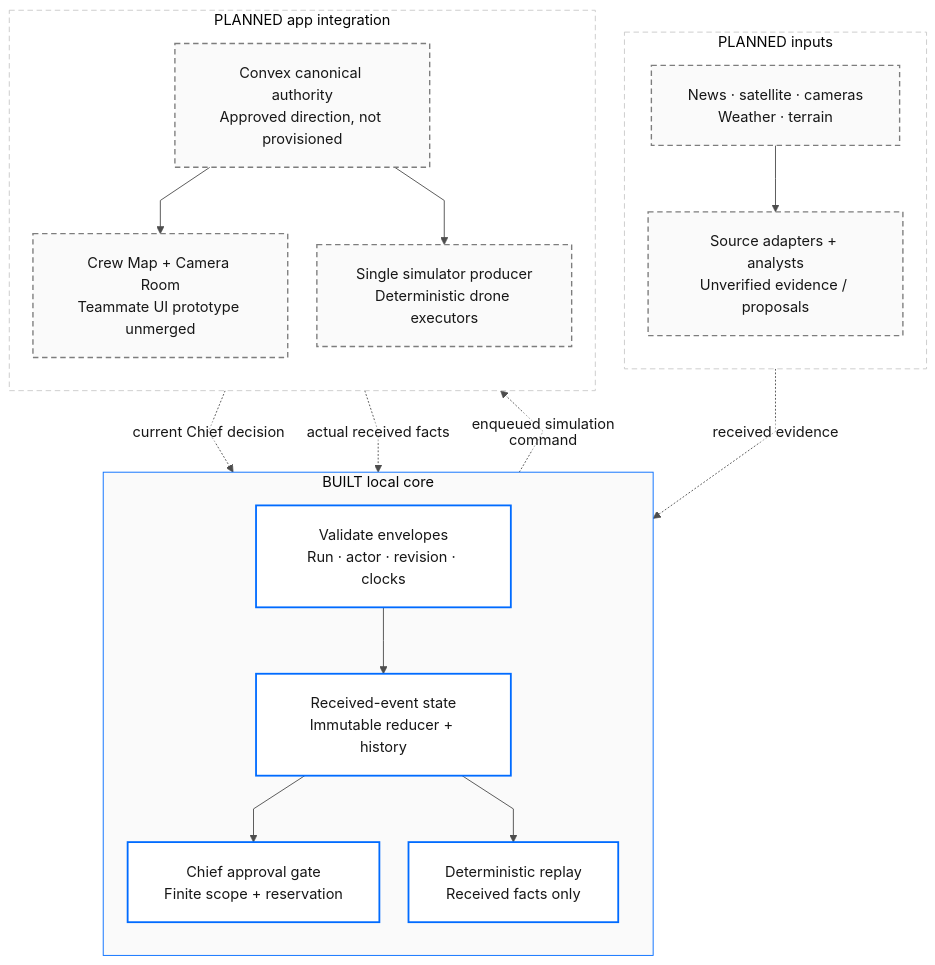
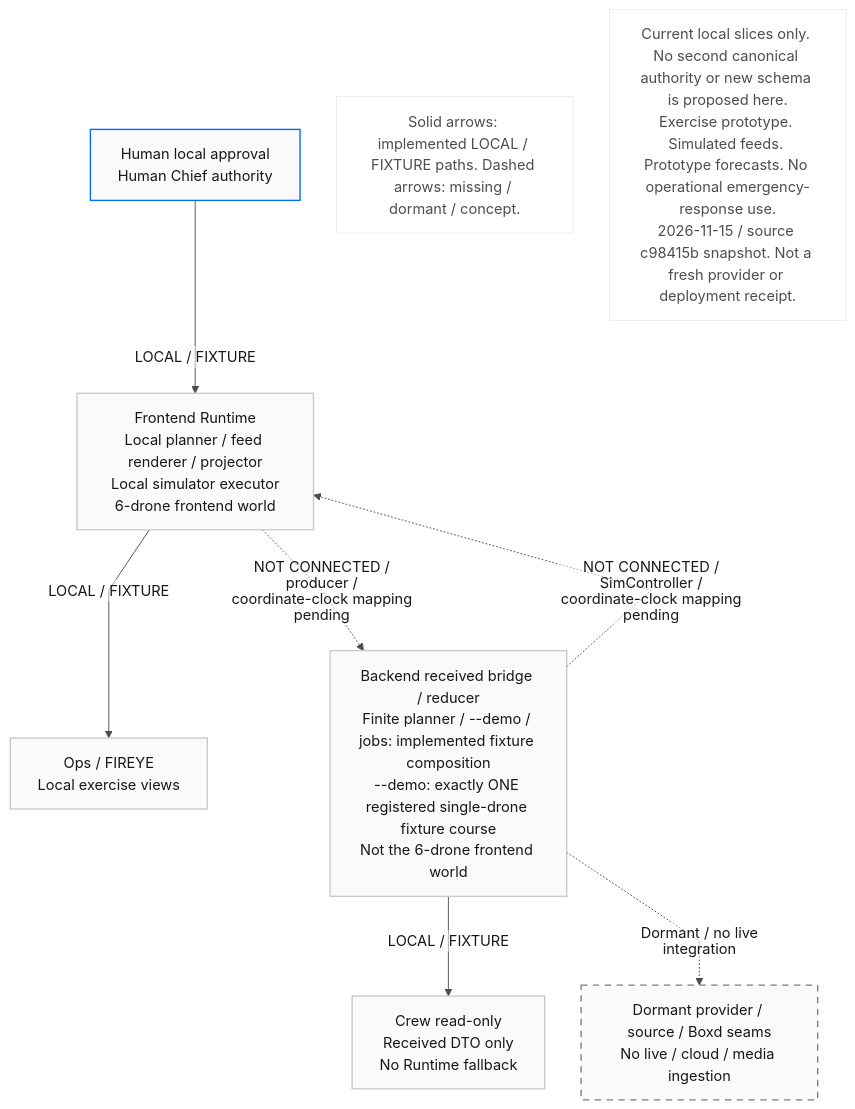
One commit to nikolas-sapa/FIREYE changed the diagram in docs/assets/readme/system-overview.mmd. Above: the diagram before and after it, drawn with Mermaid. The commit also changed 16 other files, not shown here.

First line of the commit message:
Keep demo diagrams aligned with implemented exercise boundaries

```diff
--- a/docs/assets/readme/system-overview.mmd
+++ b/docs/assets/readme/system-overview.mmd
@@ -1,44 +1,26 @@
-%%{init: {"theme":"base","fontFamily":"Geist Sans","fontSize":18,"themeVariables":{"background":"#ffffff","primaryColor":"#fafafa","primaryTextColor":"#171717","primaryBorderColor":"#8f8f8f","lineColor":"#4d4d4d","secondaryColor":"#ffffff","tertiaryColor":"#fafafa","clusterBkg":"#fafafa","clusterBorder":"#c9c9c9","edgeLabelBackground":"#ffffff"},"flowchart":{"htmlLabels":false,"curve":"linear","nodeSpacing":32,"rankSpacing":48,"padding":20}}}%%
+%%{init: {"theme":"base","fontFamily":"Geist Sans","fontSize":22,"themeVariables":{"primaryColor":"#fafafa","primaryTextColor":"#171717","primaryBorderColor":"#c9c9c9","lineColor":"#4d4d4d","edgeLabelBackground":"#ffffff"},"flowchart":{"htmlLabels":false,"curve":"linear","nodeSpacing":40,"rankSpacing":56}}}%%
 graph TD
-  accTitle: Fire Command Center system overview, current local core and planned integrations
-  accDescr: Solid blue nodes are implemented pure local TypeScript. Dashed gray nodes are planned integrations. Evidence adapters and analyst models are not connected. Convex is the approved eventual shared authority, not provisioned. A separate teammate prototype is unmerged. Human decisions and received simulator facts must pass the local protocol boundary.
-
-  subgraph INPUTS["PLANNED inputs"]
-    direction TB
-    DATA["News · satellite · cameras<br/>Weather · terrain"]
-    ANALYSIS["Source adapters + analysts<br/>Unverified evidence / proposals"]
-    DATA --> ANALYSIS
-  end
-
-  subgraph CORE["BUILT local core"]
-    direction TB
-    VALIDATE["Validate envelopes<br/>Run · actor · revision · clocks"]
-    STATE["Received-event state<br/>Immutable reducer + history"]
-    GATE["Chief approval gate<br/>Finite scope + reservation"]
-    REPLAY["Deterministic replay<br/>Received facts only"]
-    VALIDATE --> STATE
-    STATE --> GATE
-    STATE --> REPLAY
-  end
-
-  subgraph APPLICATION["PLANNED app integration"]
-    direction TB
-    CONVEX["Convex canonical authority<br/>Approved direction, not provisioned"]
-    UI["Crew Map + Camera Room<br/>Teammate UI prototype unmerged"]
-    SIM["Single simulator producer<br/>Deterministic drone executors"]
-    CONVEX --> UI
-    CONVEX --> SIM
-  end
-
-  ANALYSIS -. received evidence .-> VALIDATE
-  UI -. current Chief decision .-> GATE
-  GATE -. enqueued simulation command .-> CONVEX
-  SIM -. actual received facts .-> VALIDATE
-
-  classDef built fill:#ffffff,stroke:#006bff,stroke-width:2px,color:#171717;
-  classDef planned fill:#fafafa,stroke:#7d7d7d,stroke-width:1.5px,stroke-dasharray:6 4,color:#171717;
-  class VALIDATE,STATE,GATE,REPLAY built;
-  class DATA,ANALYSIS,CONVEX,UI,SIM planned;
-  style INPUTS fill:#ffffff,stroke:#c9c9c9,stroke-dasharray:6 4
-  style CORE fill:#fafafa,stroke:#006bff
-  style APPLICATION fill:#ffffff,stroke:#c9c9c9,stroke-dasharray:6 4
+  accTitle: Local simulation and shared received state.
+  accDescr: Frontend exercise Runtime and backend received state remain distinct verified slices. Solid arrows: implemented LOCAL / FIXTURE paths. Dashed arrows: missing / dormant / concept. Current local slices only. No second canonical authority or new schema is proposed here. Exercise prototype. Simulated feeds. Prototype forecasts. No operational emergency-response use. 2026-11-15 / source c98415b snapshot. Not a fresh provider or deployment receipt.
+  HUMAN["Human local approval<br/>Human Chief authority"]
+  RUNTIME["Frontend Runtime<br/>Local planner / feed renderer / projector<br/>Local simulator executor<br/>6-drone frontend world"]
+  OPS["Ops / FIREYE<br/>Local exercise views"]
+  BACKEND["Backend received bridge / reducer<br/>Finite planner / --demo / jobs: implemented fixture composition<br/>--demo: exactly ONE registered single-drone fixture course<br/>Not the 6-drone frontend world"]
+  CREW["Crew read-only<br/>Received DTO only<br/>No Runtime fallback"]
+  SEAMS["Dormant provider / source / Boxd seams<br/>No live / cloud / media ingestion"]
+  HUMAN -- "LOCAL / FIXTURE" --> RUNTIME
+  RUNTIME -- "LOCAL / FIXTURE" --> OPS
+  BACKEND -- "LOCAL / FIXTURE" --> CREW
+  RUNTIME -. "NOT CONNECTED / producer / coordinate-clock mapping pending" .-> BACKEND
+  BACKEND -. "NOT CONNECTED / SimController / coordinate-clock mapping pending" .-> RUNTIME
+  BACKEND -. "Dormant / no live integration" .-> SEAMS
+  LEGEND["Solid arrows: implemented LOCAL / FIXTURE paths. Dashed arrows: missing / dormant / concept."]
+  BOUNDARY["Current local slices only. No second canonical authority or new schema is proposed here.<br/>Exercise prototype. Simulated feeds. Prototype forecasts. No operational emergency-response use.<br/>2026-11-15 / source c98415b snapshot. Not a fresh provider or deployment receipt."]
+  classDef local fill:#fafafa,stroke:#c9c9c9,stroke-width:1.5px,color:#171717;
+  classDef authority fill:#fafafa,stroke:#006bff,stroke-width:1.5px,color:#171717;
+  classDef pending fill:#fafafa,stroke:#7d7d7d,stroke-width:1.5px,stroke-dasharray:7 6,color:#171717;
+  classDef note fill:#ffffff,stroke:#ebebeb,color:#4d4d4d;
+  class HUMAN,RUNTIME,OPS,BACKEND,CREW local;
+  class HUMAN authority;
+  class SEAMS pending;
+  class LEGEND,BOUNDARY note;
```
